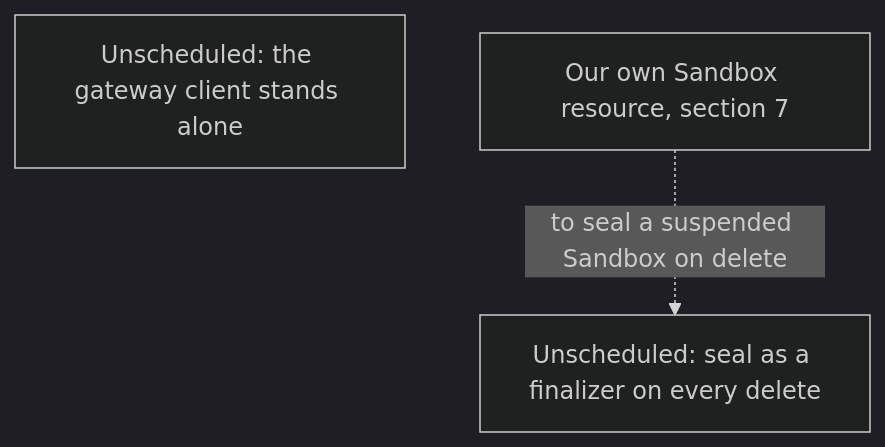
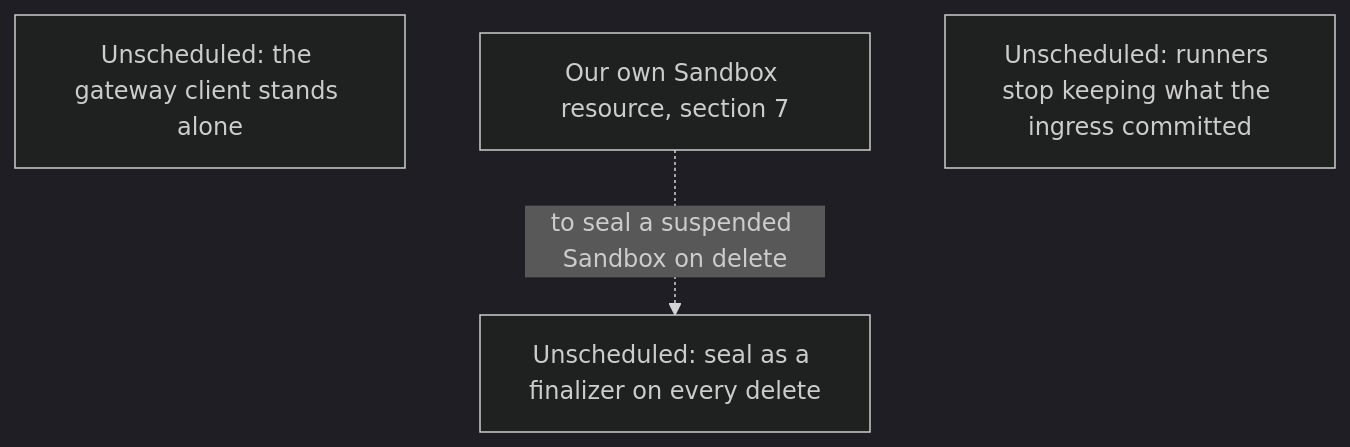
Diagram 13 of 14 in agentplane/plans/task_dag.md (agentydragon/ducktape), drawn with Mermaid (dark theme) before and after one commit. The commit also changed other lines of this file, not shown here.

First line of the commit message:
agentplane/plans: runners may later drop what the ingress committed

````diff
--- a/agentplane/plans/task_dag.md
+++ b/agentplane/plans/task_dag.md
@@ -850,7 +850,8 @@
 ```mermaid
 flowchart TD
     GATEWAY_CLIENT_SPLIT[Unscheduled: the gateway client stands alone]
     AGENTPLANE_SANDBOX_RESOURCE[Our own Sandbox resource, section 7]
     SEAL_FINALIZER[Unscheduled: seal as a finalizer on every delete]
     AGENTPLANE_SANDBOX_RESOURCE -. to seal a suspended Sandbox on delete .-> SEAL_FINALIZER
+    RUNNER_JOURNAL_TRIM[Unscheduled: runners stop keeping what the ingress committed]
 ```
````
